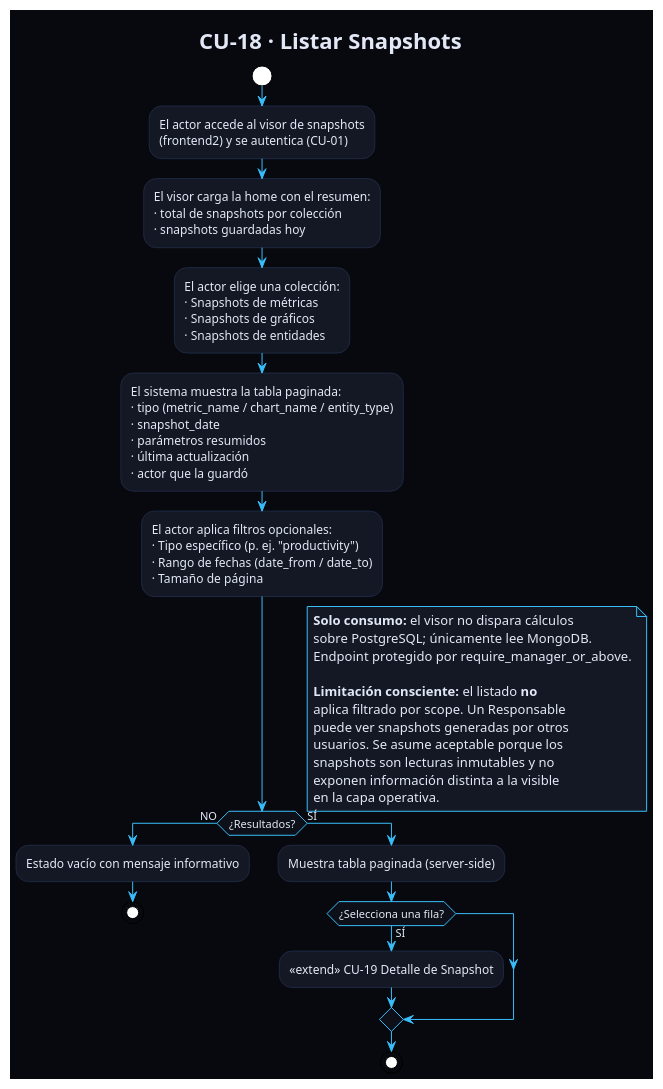
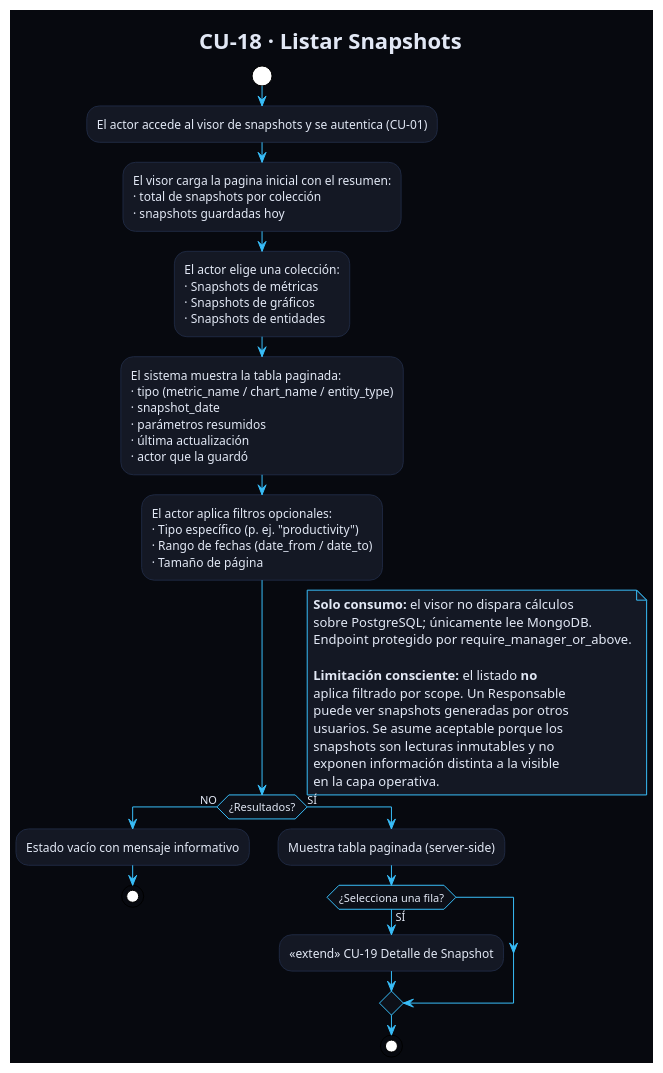
The diagram in Estudiantes/cesar-garcia-eguiguren/Capítulo-2/diagramas/CdU/flujoCU18.puml (ceesargaarcia/GII-TFG-2026), drawn with PlantUML before and after one commit. The commit also changed 45 other files, not shown here.

Commit message:
actualizacion de los diagramas y documentacion corregida

```diff
--- a/Estudiantes/cesar-garcia-eguiguren/Capítulo-2/diagramas/CdU/flujoCU18.puml
+++ b/Estudiantes/cesar-garcia-eguiguren/Capítulo-2/diagramas/CdU/flujoCU18.puml
@@ -1,65 +1,64 @@
 @startuml flujoCU18
 !theme plain
 skinparam backgroundColor #07090F
 skinparam defaultFontColor #E2E8F5
 skinparam ArrowColor #38BDF8
 skinparam ActivityBorderColor #1E2840
 skinparam ActivityBackgroundColor #141824
 skinparam ActivityDiamondBackgroundColor #0D1018
 skinparam ActivityDiamondBorderColor #38BDF8
 skinparam NoteBackgroundColor #141824
 skinparam NoteBorderColor #38BDF8
 
 title CU-18 · Listar Snapshots
 
 start
-:El actor accede al visor de snapshots
-(frontend2) y se autentica (CU-01);
+:El actor accede al visor de snapshots y se autentica (CU-01);
 
-:El visor carga la home con el resumen:
+:El visor carga la pagina inicial con el resumen:
 · total de snapshots por colección
 · snapshots guardadas hoy;
 
 :El actor elige una colección:
 · Snapshots de métricas
 · Snapshots de gráficos
 · Snapshots de entidades;
 
 :El sistema muestra la tabla paginada:
 · tipo (metric_name / chart_name / entity_type)
 · snapshot_date
 · parámetros resumidos
 · última actualización
 · actor que la guardó;
 
 :El actor aplica filtros opcionales:
 · Tipo específico (p. ej. "productivity")
 · Rango de fechas (date_from / date_to)
 · Tamaño de página;
 
 if (¿Resultados?) then (NO)
   :Estado vacío con mensaje informativo;
   stop
 else (SÍ)
   :Muestra tabla paginada (server-side);
   if (¿Selecciona una fila?) then (SÍ)
     :<<extend>> CU-19 Detalle de Snapshot;
   endif
   stop
 endif
 
 note right
   **Solo consumo:** el visor no dispara cálculos
   sobre PostgreSQL; únicamente lee MongoDB.
   Endpoint protegido por require_manager_or_above.
 
   **Limitación consciente:** el listado **no**
   aplica filtrado por scope. Un Responsable
   puede ver snapshots generadas por otros
   usuarios. Se asume aceptable porque los
   snapshots son lecturas inmutables y no
   exponen información distinta a la visible
   en la capa operativa.
 end note
 
 @enduml
```
